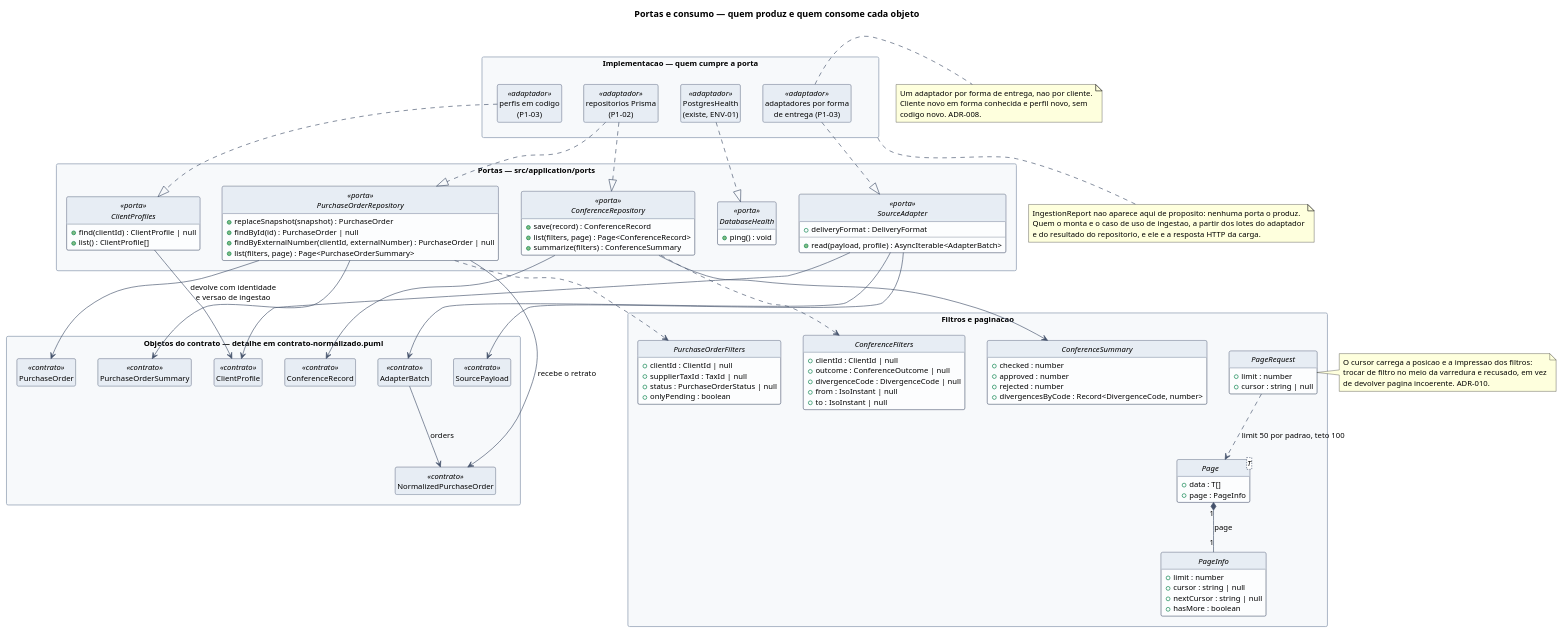
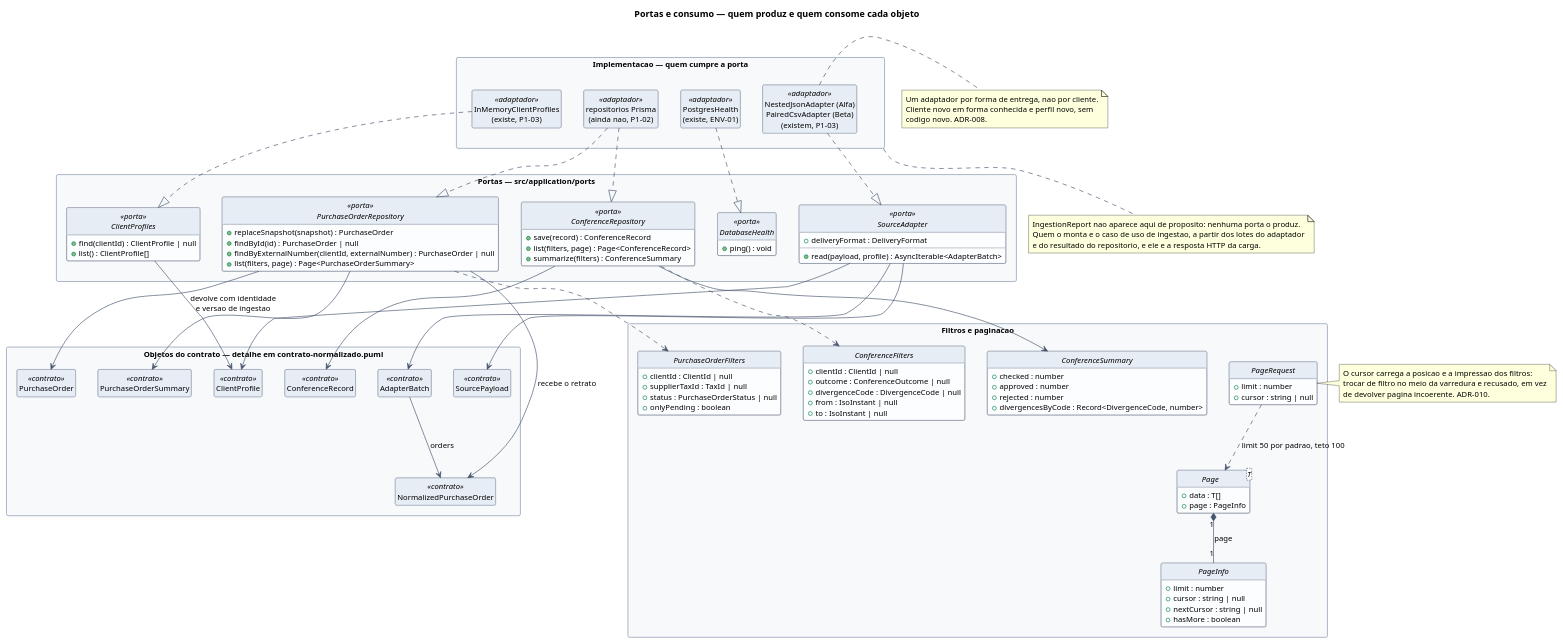
Before and after one commit to Dev-Luigy/v360-purchase-order-connector: the diagram in docs/diagrams/portas-e-consumo.puml, drawn with PlantUML. The commit also changed 25 other files, not shown here.

First line of the commit message:
feat(p1-03): adaptar Alfa e Beta para o contrato normalizado

```diff
--- a/docs/diagrams/portas-e-consumo.puml
+++ b/docs/diagrams/portas-e-consumo.puml
@@ -1,164 +1,164 @@
 @startuml portas-e-consumo
 ' Portas da aplicacao (P1-01) e quem produz ou consome cada objeto do contrato.
 ' Fonte da verdade: src/application/ports/**. Decisoes: ADR-008, ADR-009, ADR-010.
 ' Os objetos de dados estao detalhados em contrato-normalizado.puml; aqui sao so referencias.
 
 title Portas e consumo — quem produz e quem consome cada objeto
 
 skinparam backgroundColor #FFFFFF
 skinparam shadowing false
 skinparam defaultFontName Helvetica
 skinparam defaultFontSize 12
 skinparam packageStyle rectangle
 skinparam ArrowColor #45526B
 skinparam class {
   BackgroundColor #FCFDFE
   BorderColor #45526B
   HeaderBackgroundColor #E7EDF4
 }
 skinparam package {
   BackgroundColor #F7F9FB
   BorderColor #A9B4C4
 }
 hide circle
 hide empty members
 
 package "Portas — src/application/ports" as pkgPortas {
 
   interface ClientProfiles <<porta>> {
     +find(clientId) : ClientProfile | null
     +list() : ClientProfile[]
   }
 
   interface SourceAdapter <<porta>> {
     +deliveryFormat : DeliveryFormat
     +read(payload, profile) : AsyncIterable<AdapterBatch>
   }
 
   interface PurchaseOrderRepository <<porta>> {
     +replaceSnapshot(snapshot) : PurchaseOrder
     +findById(id) : PurchaseOrder | null
     +findByExternalNumber(clientId, externalNumber) : PurchaseOrder | null
     +list(filters, page) : Page<PurchaseOrderSummary>
   }
 
   interface ConferenceRepository <<porta>> {
     +save(record) : ConferenceRecord
     +list(filters, page) : Page<ConferenceRecord>
     +summarize(filters) : ConferenceSummary
   }
 
   interface DatabaseHealth <<porta>> {
     +ping() : void
   }
 }
 
 package "Filtros e paginacao" as pkgPagina {
 
   interface PurchaseOrderFilters {
     +clientId : ClientId | null
     +supplierTaxId : TaxId | null
     +status : PurchaseOrderStatus | null
     +onlyPending : boolean
   }
 
   interface ConferenceFilters {
     +clientId : ClientId | null
     +outcome : ConferenceOutcome | null
     +divergenceCode : DivergenceCode | null
     +from : IsoInstant | null
     +to : IsoInstant | null
   }
 
   interface ConferenceSummary {
     +checked : number
     +approved : number
     +rejected : number
     +divergencesByCode : Record<DivergenceCode, number>
   }
 
   interface PageRequest {
     +limit : number
     +cursor : string | null
   }
 
   interface "Page<T>" as Page {
     +data : T[]
     +page : PageInfo
   }
 
   interface PageInfo {
     +limit : number
     +cursor : string | null
     +nextCursor : string | null
     +hasMore : boolean
   }
 }
 
 package "Objetos do contrato — detalhe em contrato-normalizado.puml" as pkgContrato {
   class ClientProfile <<contrato>>
   class SourcePayload <<contrato>>
   class AdapterBatch <<contrato>>
   class NormalizedPurchaseOrder <<contrato>>
   class PurchaseOrder <<contrato>>
   class PurchaseOrderSummary <<contrato>>
   class ConferenceRecord <<contrato>>
 }
 
 package "Implementacao — quem cumpre a porta" as pkgImpl {
-  class "perfis em codigo\n(P1-03)" as implPerfis <<adaptador>>
-  class "adaptadores por forma\nde entrega (P1-03)" as implAdapters <<adaptador>>
-  class "repositorios Prisma\n(P1-02)" as implRepos <<adaptador>>
+  class "InMemoryClientProfiles\n(existe, P1-03)" as implPerfis <<adaptador>>
+  class "NestedJsonAdapter (Alfa)\nPairedCsvAdapter (Beta)\n(existem, P1-03)" as implAdapters <<adaptador>>
+  class "repositorios Prisma\n(ainda nao, P1-02)" as implRepos <<adaptador>>
   class "PostgresHealth\n(existe, ENV-01)" as implHealth <<adaptador>>
 }
 
 ' ---------- quem cumpre ----------
 implPerfis ..|> ClientProfiles
 implAdapters ..|> SourceAdapter
 implRepos ..|> PurchaseOrderRepository
 implRepos ..|> ConferenceRepository
 implHealth ..|> DatabaseHealth
 
 ' ---------- entrada ----------
 ' Os rotulos ficam so onde a assinatura nao conta a historia sozinha.
 ClientProfiles --> ClientProfile
 SourceAdapter --> SourcePayload
 SourceAdapter --> ClientProfile
 SourceAdapter --> AdapterBatch
 AdapterBatch --> NormalizedPurchaseOrder : orders
 
 ' ---------- pedido ----------
 PurchaseOrderRepository --> NormalizedPurchaseOrder : recebe o retrato
 PurchaseOrderRepository --> PurchaseOrder : devolve com identidade\ne versao de ingestao
 PurchaseOrderRepository --> PurchaseOrderSummary
 PurchaseOrderRepository ..> PurchaseOrderFilters
 
 ' ---------- conferencia ----------
 ConferenceRepository --> ConferenceRecord
 ConferenceRepository ..> ConferenceFilters
 ConferenceRepository --> ConferenceSummary
 
 ' ---------- paginacao ----------
 ' Page aparece nas assinaturas dos dois repositorios; a aresta seria ruido.
 Page "1" *-- "1" PageInfo : page
 PageRequest ..> Page : limit 50 por padrao, teto 100
 
 note bottom of pkgImpl
   IngestionReport nao aparece aqui de proposito: nenhuma porta o produz.
   Quem o monta e o caso de uso de ingestao, a partir dos lotes do adaptador
   e do resultado do repositorio, e ele e a resposta HTTP da carga.
 end note
 
 note right of PageRequest
   O cursor carrega a posicao e a impressao dos filtros:
   trocar de filtro no meio da varredura e recusado, em vez
   de devolver pagina incoerente. ADR-010.
 end note
 
 note right of implAdapters
   Um adaptador por forma de entrega, nao por cliente.
   Cliente novo em forma conhecida e perfil novo, sem
   codigo novo. ADR-008.
 end note
 
 @enduml
```
